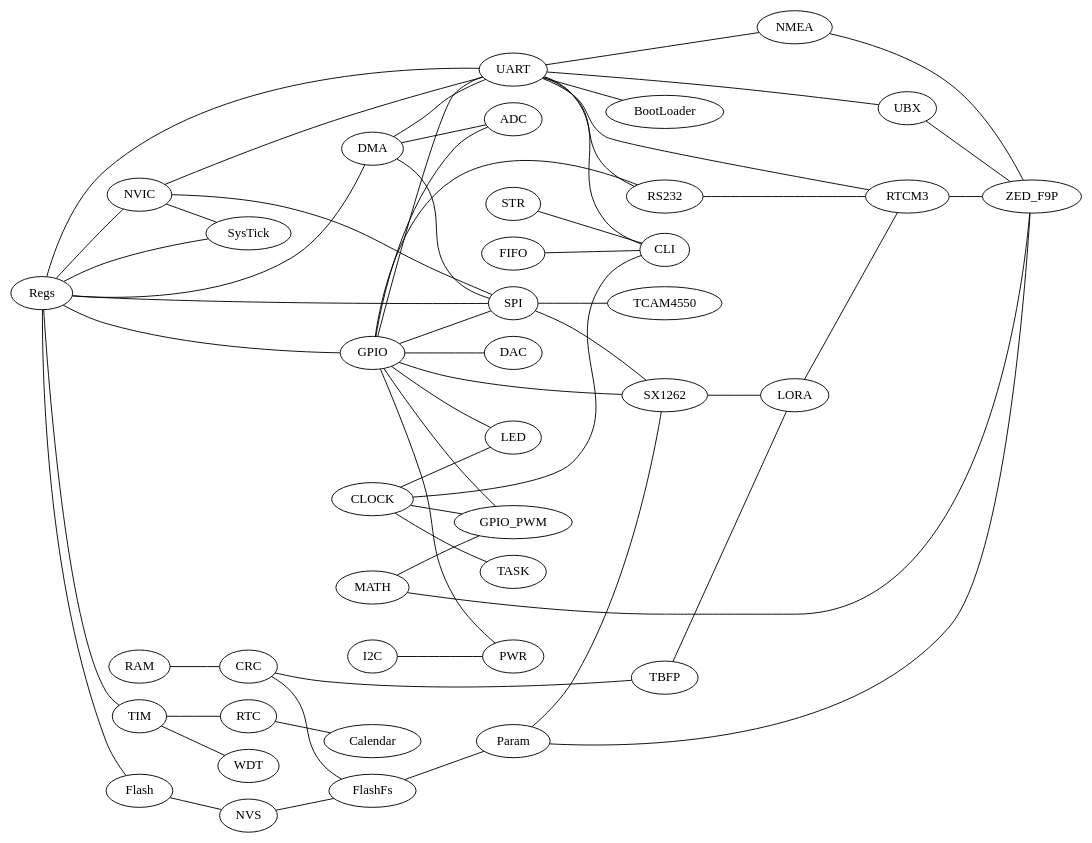
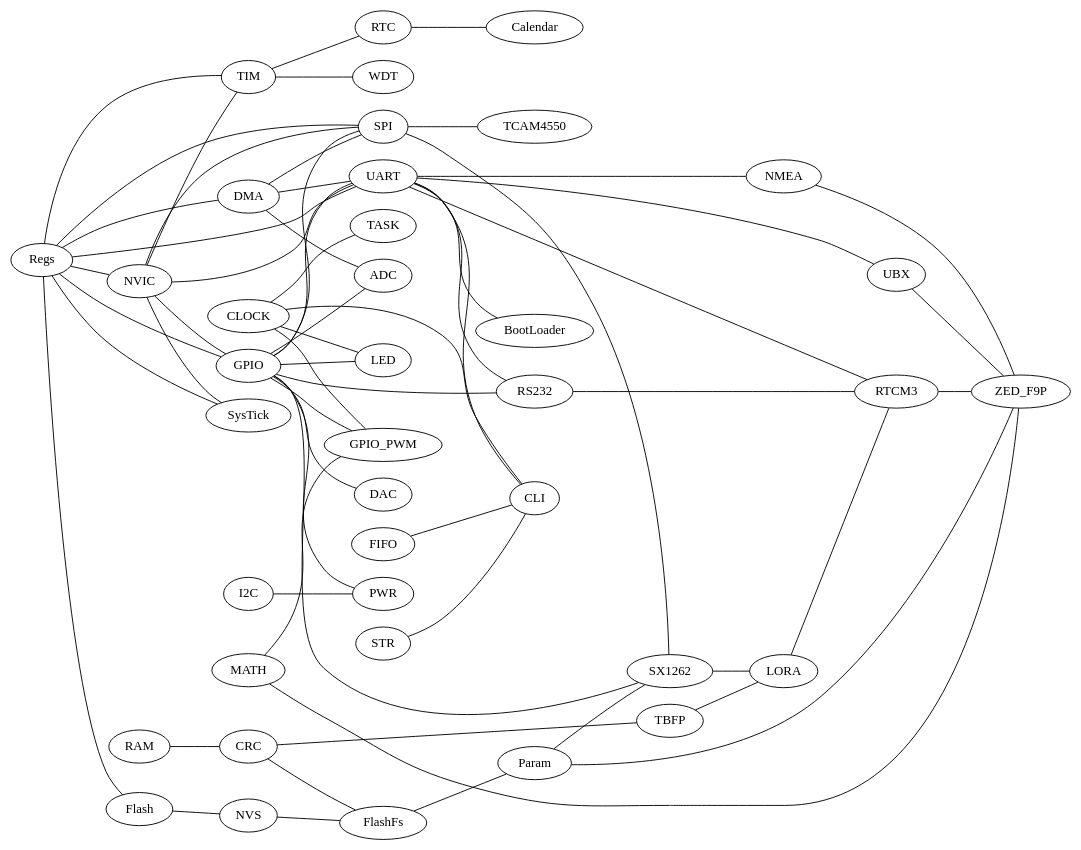
The diagram in docs/dependencies.dot (aabzel/ti_mcu_code_base), drawn with Graphviz before and after one commit. The commit also changed 3 other files, not shown here.

```diff
--- a/docs/dependencies.dot
+++ b/docs/dependencies.dot
@@ -1,61 +1,63 @@
 graph graphname {
-rankdir=LR;
-    NVIC -- UART;
-    DMA -- UART;
-	Regs--Flash;
-    Regs -- UART;
-    GPIO -- UART;
-	DMA--ADC;
-	TBFP--LORA;
-    DMA -- SPI;
-    NVIC -- SPI;
-	CRC--TBFP;
-	GPIO--DAC;
-    Regs -- SPI;
-	Regs--DMA;
-	Regs--TIM;
-	NVIC--SysTick;
-	Regs--SysTick;
-	STR--CLI;
-	CLOCK--GPIO_PWM
-	GPIO--GPIO_PWM;
-	MATH--GPIO_PWM;
-	MATH--ZED_F9P;
-	SPI--SX1262;
-	GPIO--SX1262;
-	SPI--TCAM4550;
-	UART--BootLoader;
-	UART--CLI;
-	FIFO--CLI;
-	RTCM3--ZED_F9P;
-	UART--RS232;
-	I2C--PWR;
-	TIM--WDT;
-	GPIO--RS232;
-	GPIO--PWR;
-	CLOCK--TASK;
-	GPIO--LED;
-	UART--RTCM3;
-	LORA--RTCM3;
-	RS232--RTCM3;
-	CLOCK--LED;
-	CLOCK--CLI;
-	TIM--RTC;
-	RTC--Calendar;
-	NMEA--ZED_F9P;
-	UART--NMEA;
-	UART--UBX;
-	UBX--ZED_F9P;
-	SX1262--LORA;
-	GPIO--ADC;
-	Param--SX1262;
-	Param--ZED_F9P;
-	FlashFs--Param;
-	Regs--NVIC;
-	Regs--GPIO;
-    GPIO -- SPI;
-    RAM -- CRC;
-    Flash -- NVS;
-	CRC--FlashFs;
-    NVS -- FlashFs;
+    rankdir=LR;
+    CLOCK--CLI;
+    CLOCK--GPIO_PWM
+    CLOCK--LED;
+    CLOCK--TASK;
+    CRC--FlashFs;
+    CRC--TBFP;
+    DMA--SPI;
+    DMA--UART;
+    DMA--ADC;
+    FIFO--CLI;
+    Flash--NVS;
+    FlashFs--Param;
+    GPIO--SPI;
+    GPIO--UART;
+    GPIO--ADC;
+    GPIO--DAC;
+    GPIO--GPIO_PWM;
+    GPIO--LED;
+    GPIO--PWR;
+    GPIO--RS232;
+    GPIO--SX1262;
+    I2C--PWR;
+    LORA--RTCM3;
+    MATH--GPIO_PWM;
+    MATH--ZED_F9P;
+    NMEA--ZED_F9P;
+    NVIC--SPI;
+    NVIC--UART;
+    NVIC--SysTick;
+    NVIC--TIM;
+    NVIC--GPIO;
+    NVS--FlashFs;
+    Param--SX1262;
+    Param--ZED_F9P;
+    RAM--CRC;
+    RS232--RTCM3;
+    RTC--Calendar;
+    RTCM3--ZED_F9P;
+    Regs--SPI;
+    Regs--UART;
+    Regs--DMA;
+    Regs--Flash;
+    Regs--GPIO;
+    Regs--NVIC;
+    Regs--SysTick;
+    Regs--TIM;
+    SPI--SX1262;
+    SPI--TCAM4550;
+    STR--CLI;
+    SX1262--LORA;
+    TBFP--LORA;
+    TIM--RTC;
+    TIM--WDT;
+    UART--BootLoader;
+    UART--CLI;
+    UART--NMEA;
+    UART--RS232;
+    UART--RTCM3;
+    UART--UBX;
+    UBX--ZED_F9P;
 }
```
